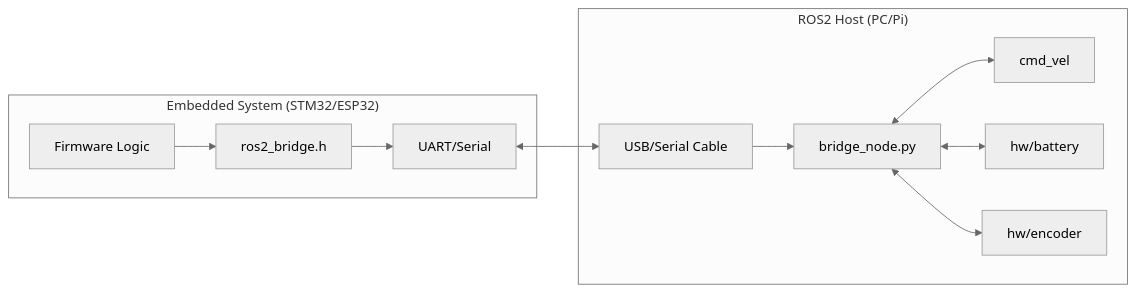
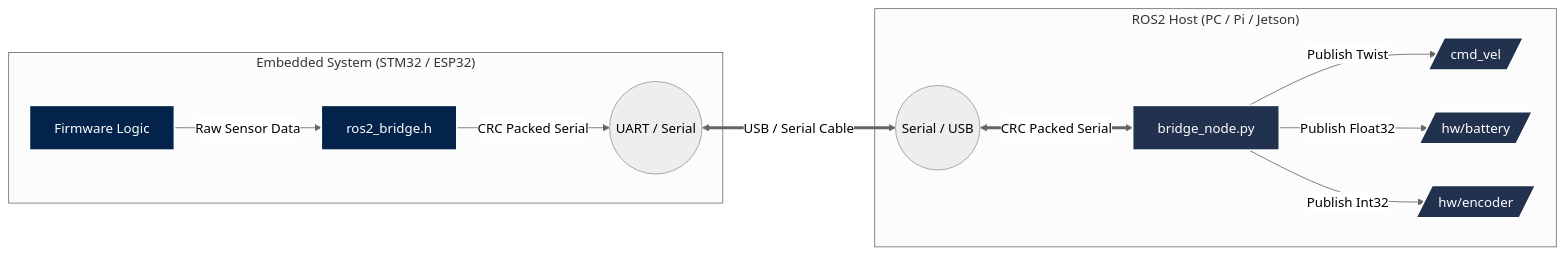
One commit to EngineerAbdullahBinZafar/ros2-hardware-bridge changed the diagram in README.md. Above: the diagram before and after it, drawn with Mermaid (neutral theme). The commit also changed other lines of this file and 4 other files, not shown here.

````diff
--- a/README.md
+++ b/README.md
@@ -25,14 +73,22 @@
 ```mermaid
 graph LR
-    subgraph "Embedded System (STM32/ESP32)"
-        A[Firmware Logic] --> B[ros2_bridge.h]
-        B --> C[UART/Serial]
+    subgraph "Embedded System (STM32 / ESP32)"
+        style A fill:#03234B,stroke:#fff,stroke-width:2px,color:#fff
+        style B fill:#03234B,stroke:#fff,stroke-width:2px,color:#fff
+        A[Firmware Logic] -->|Raw Sensor Data| B[ros2_bridge.h]
+        B -->|CRC Packed Serial| C((UART / Serial))
     end
-    C <--> D[USB/Serial Cable]
-    subgraph "ROS2 Host (PC/Pi)"
-        D --> E[bridge_node.py]
-        E <--> F[cmd_vel]
-        E <--> G[hw/battery]
-        E <--> H[hw/encoder]
+    
+    C <==>|USB / Serial Cable| D((Serial / USB))
+    
+    subgraph "ROS2 Host (PC / Pi / Jetson)"
+        style E fill:#22314E,stroke:#fff,stroke-width:2px,color:#fff
+        style F fill:#22314E,stroke:#fff,stroke-width:2px,color:#fff
+        style G fill:#22314E,stroke:#fff,stroke-width:2px,color:#fff
+        style H fill:#22314E,stroke:#fff,stroke-width:2px,color:#fff
+        D <==>|CRC Packed Serial| E[bridge_node.py]
+        E -->|Publish Twist| F[/cmd_vel/]
+        E -->|Publish Float32| G[/hw/battery/]
+        E -->|Publish Int32| H[/hw/encoder/]
     end
 ```
````
